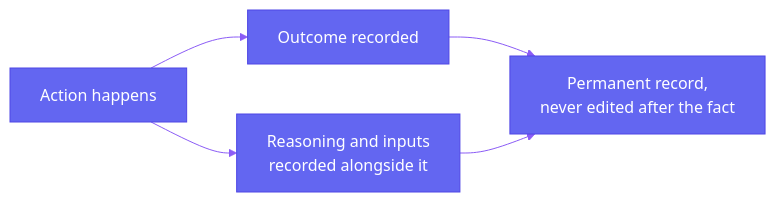
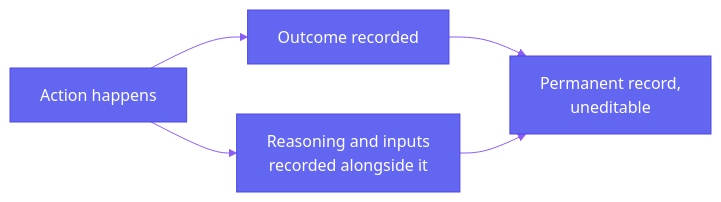
Before and after one commit to aashrutsharma/whitepaper: the diagram in intelligence-and-data/how-every-decision-can-be-traced-back.mdx, drawn with Mermaid. The commit also changed other lines of this file and 13 other files, not shown here.

````diff
--- a/intelligence-and-data/how-every-decision-can-be-traced-back.mdx
+++ b/intelligence-and-data/how-every-decision-can-be-traced-back.mdx
@@ -14,18 +14,18 @@
 ```mermaid
 %%{init: {
   'theme': 'base',
   'themeVariables': {
     'primaryColor': '#6366f1',
     'primaryTextColor': '#ffffff',
     'primaryBorderColor': '#4f46e5',
     'lineColor': '#8b5cf6',
     'background': 'transparent',
     'fontFamily': 'Inter, sans-serif'
   }
 }}%%
 flowchart LR
     A[Action happens] --> B[Outcome recorded]
     A --> C[Reasoning and inputs\nrecorded alongside it]
-    B --> D[Permanent record,\nnever edited after the fact]
+    B --> D[Permanent record,\n uneditable]
     C --> D
 ```
````
